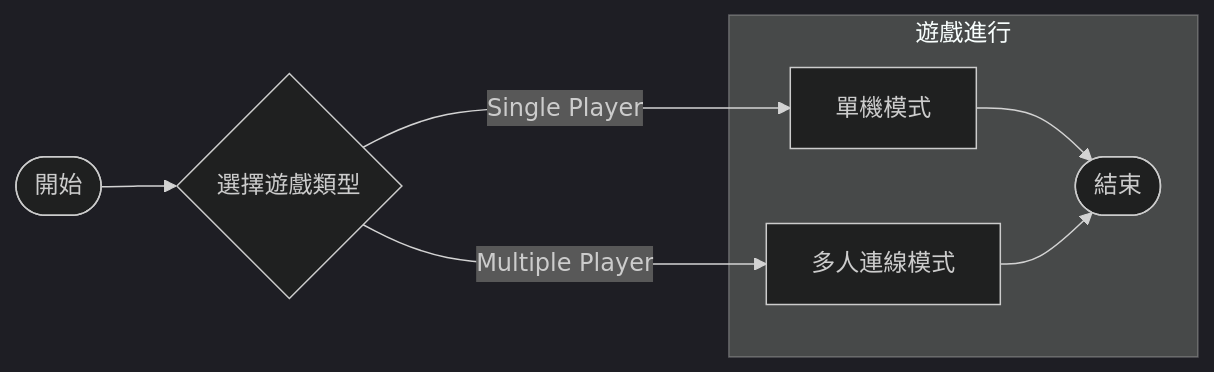
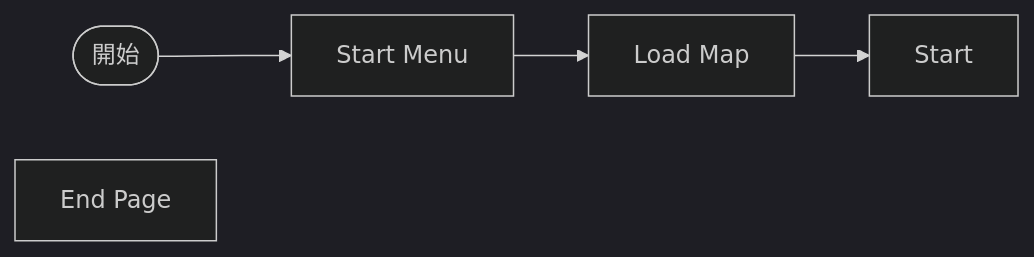
One commit to Seanachan/NCKU-PD2-Final_Project changed the diagram in gameFlow.md. Above: the diagram before and after it, drawn with Mermaid (dark theme). The commit also changed other lines of this file and 5 other files, not shown here.

Commit message:
Update classDiagram.md README.md

````diff
--- a/gameFlow.md
+++ b/gameFlow.md
@@ -6,10 +6,5 @@
 ```mermaid
 graph LR
-  id1([開始]) --> id2{選擇遊戲類型}--Single Player---> id3[單機模式]
- id2{選擇遊戲類型} --Multiple Player---> id4[Multiple Player]
-
-subgraph 遊戲進行
-  id3[單機模式] --> id5([結束])
-  id4[多人連線模式] --> id5([結束])
-end
+  id1([開始]) --> id2[Start Menu]--> id3[Load Map] --> Start
+  id12[End Page]
 ```
````
